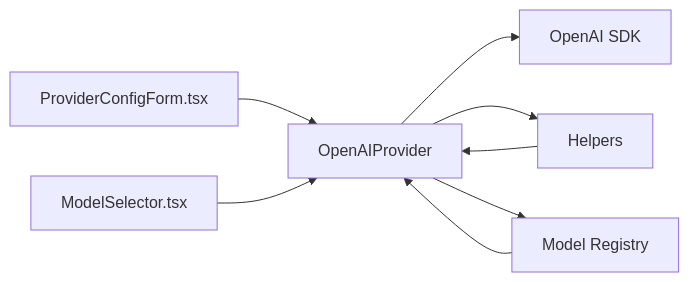
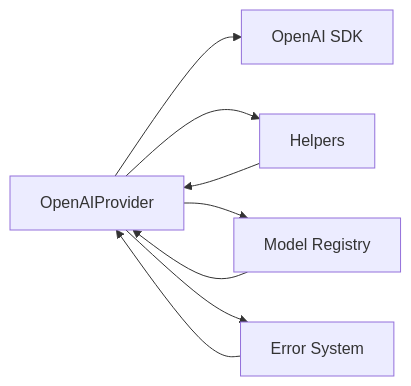
Before and after one commit to v0lka/c0wrk: the seventh of 7 diagrams in .qoder/repowiki/en/content/LLM Provider Integration/OpenAI Provider Implementation.md, drawn with Mermaid. The commit also changed other lines of this file and 8 other files, not shown here.

````diff
--- a/.qoder/repowiki/en/content/LLM Provider Integration/OpenAI Provider Implementation.md
+++ b/.qoder/repowiki/en/content/LLM Provider Integration/OpenAI Provider Implementation.md
@@ -345,10 +370,10 @@
 ```mermaid
 graph LR
 Prov["OpenAIProvider"] --> SDK["OpenAI SDK"]
 Prov --> Helpers["Helpers"]
 Prov --> Meta["Model Registry"]
+Prov --> ErrorSys["Error System"]
 Helpers --> Prov
 Meta --> Prov
-UI["ProviderConfigForm.tsx"] --> Prov
-UI2["ModelSelector.tsx"] --> Prov
+ErrorSys --> Prov
 ```
````
